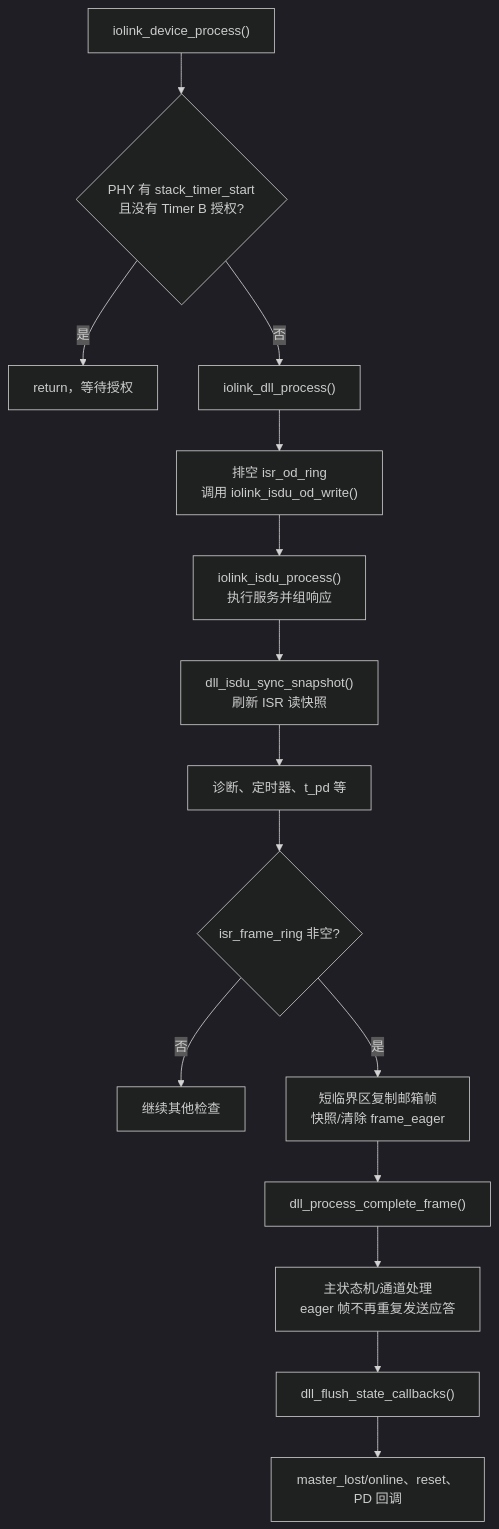
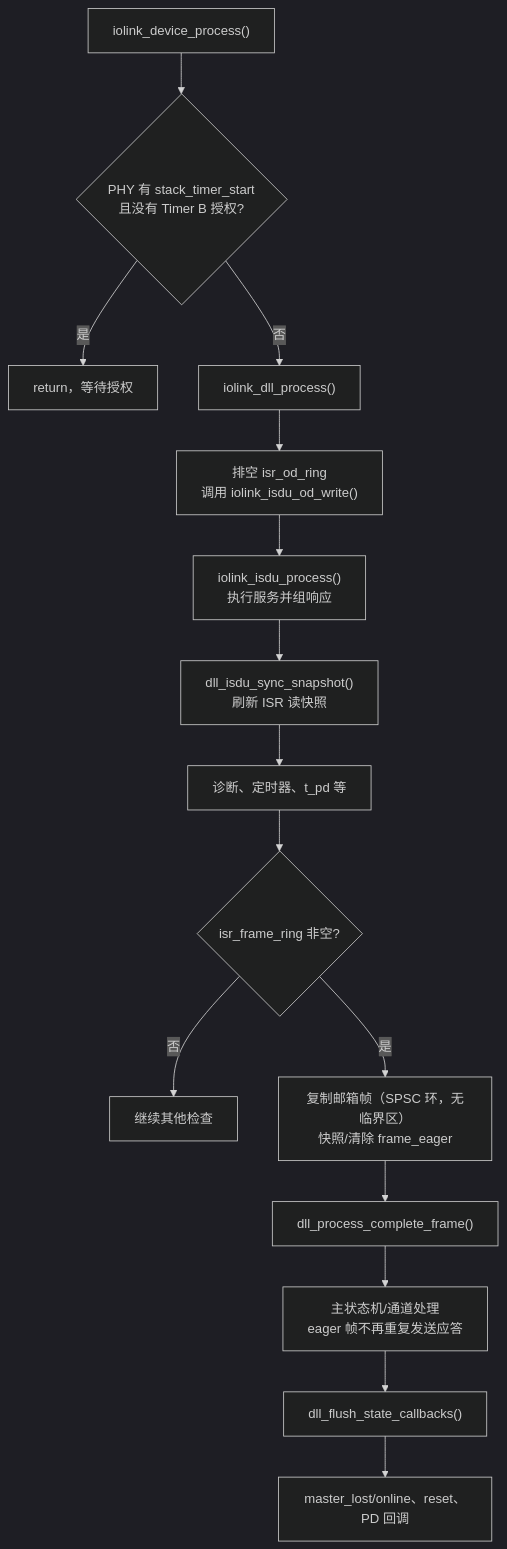
The fifth of 16 diagrams in docs/CODE_FLOW.md (Adlyq/iolinki), drawn with Mermaid (dark theme) before and after one commit. The commit also changed other lines of this file and 2 other files, not shown here.

````diff
--- a/docs/CODE_FLOW.md
+++ b/docs/CODE_FLOW.md
@@ -266,17 +266,17 @@
 ```mermaid
 flowchart TD
     A["iolink_device_process()"] --> B{"PHY 有 stack_timer_start<br/>且没有 Timer B 授权?"}
     B -- 是 --> Z["return，等待授权"]
     B -- 否 --> C["iolink_dll_process()"]
     C --> D["排空 isr_od_ring<br/>调用 iolink_isdu_od_write()"]
     D --> E["iolink_isdu_process()<br/>执行服务并组响应"]
     E --> F["dll_isdu_sync_snapshot()<br/>刷新 ISR 读快照"]
     F --> G["诊断、定时器、t_pd 等"]
     G --> H{"isr_frame_ring 非空?"}
     H -- 否 --> I["继续其他检查"]
-    H -- 是 --> J["短临界区复制邮箱帧<br/>快照/清除 frame_eager"]
+    H -- 是 --> J["复制邮箱帧（SPSC 环，无临界区）<br/>快照/清除 frame_eager"]
     J --> K["dll_process_complete_frame()"]
     K --> L["主状态机/通道处理<br/>eager 帧不再重复发送应答"]
     L --> M["dll_flush_state_callbacks()"]
     M --> N["master_lost/online、reset、PD 回调"]
 ```
````
